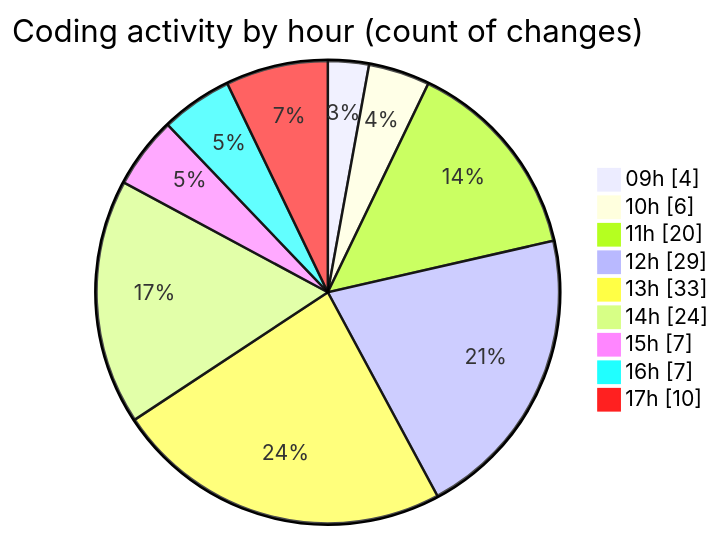
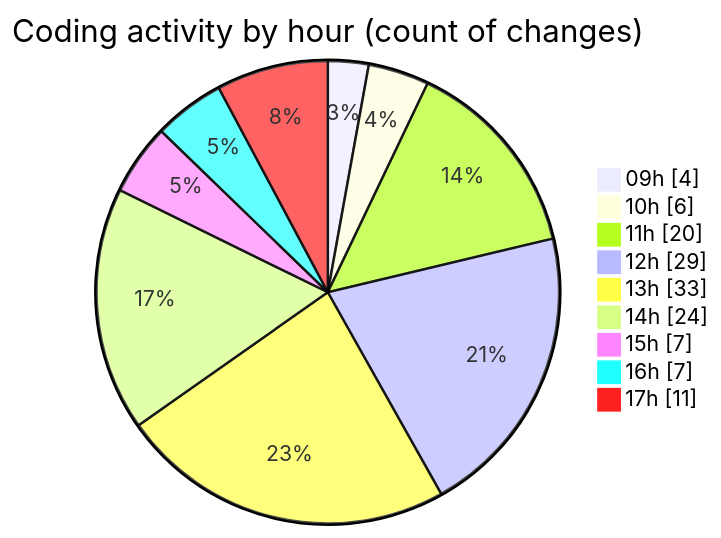
Before and after one commit to momahboobian/code-tracking: the second of 2 diagrams in 2025-05-29/cda/README.md, drawn with Mermaid. The commit also changed other lines of this file and 1 other file, not shown here.

````diff
--- a/2025-05-29/cda/README.md
+++ b/2025-05-29/cda/README.md
@@ -47,13 +47,13 @@
 ```mermaid
 pie showData
 title Coding activity by hour (count of changes)
 "09h" : 4
 "10h" : 6
 "11h" : 20
 "12h" : 29
 "13h" : 33
 "14h" : 24
 "15h" : 7
 "16h" : 7
-"17h" : 10
+"17h" : 11
 ```
````
